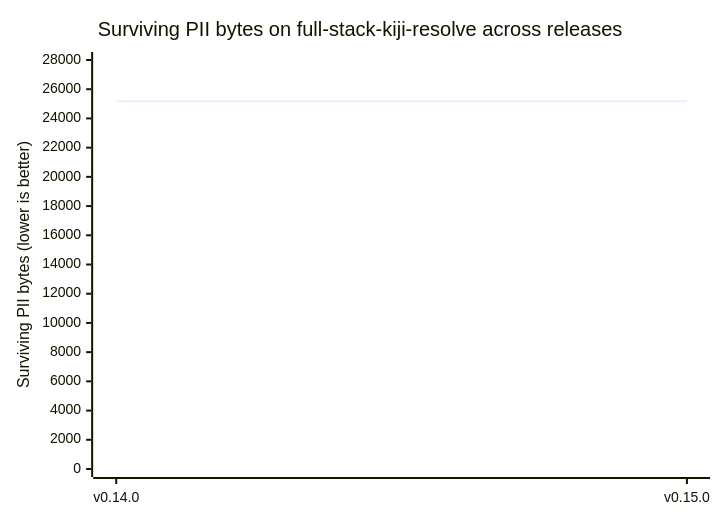
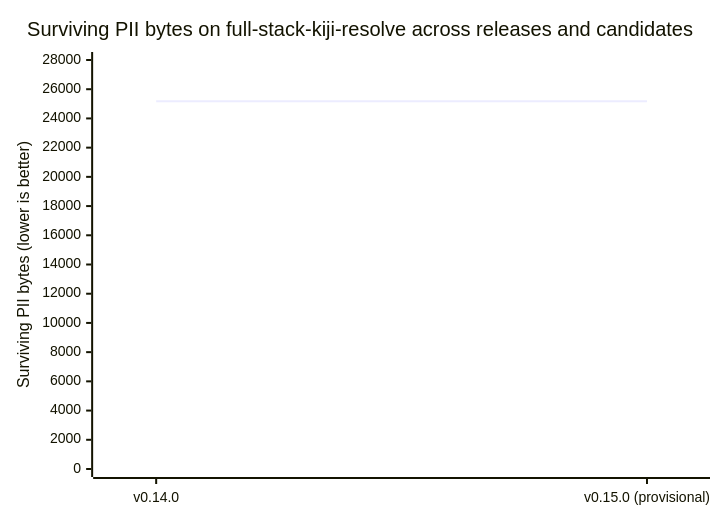
One commit to CertaMesh/gaze changed the second of 2 diagrams in docs/reference/benchmarks/README.md. Above: the diagram before and after it, drawn with Mermaid. The commit also changed other lines of this file and 3 other files, not shown here.

Commit message:
Preserve provisional benchmark status in charts and correct migration path

````diff
--- a/docs/reference/benchmarks/README.md
+++ b/docs/reference/benchmarks/README.md
@@ -253,7 +259,7 @@
 ```mermaid
 xychart-beta
-    title "Surviving PII bytes on full-stack-kiji-resolve across releases"
-    x-axis ["v0.14.0", "v0.15.0"]
+    title "Surviving PII bytes on full-stack-kiji-resolve across releases and candidates"
+    x-axis ["v0.14.0", "v0.15.0 (provisional)"]
     y-axis "Surviving PII bytes (lower is better)" 0 --> 28000
     line [25179, 25179]
 ```
````
